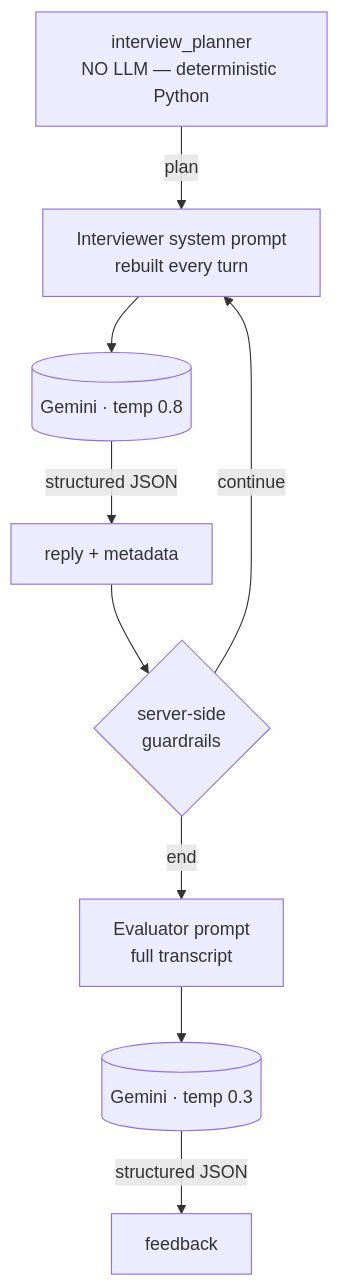
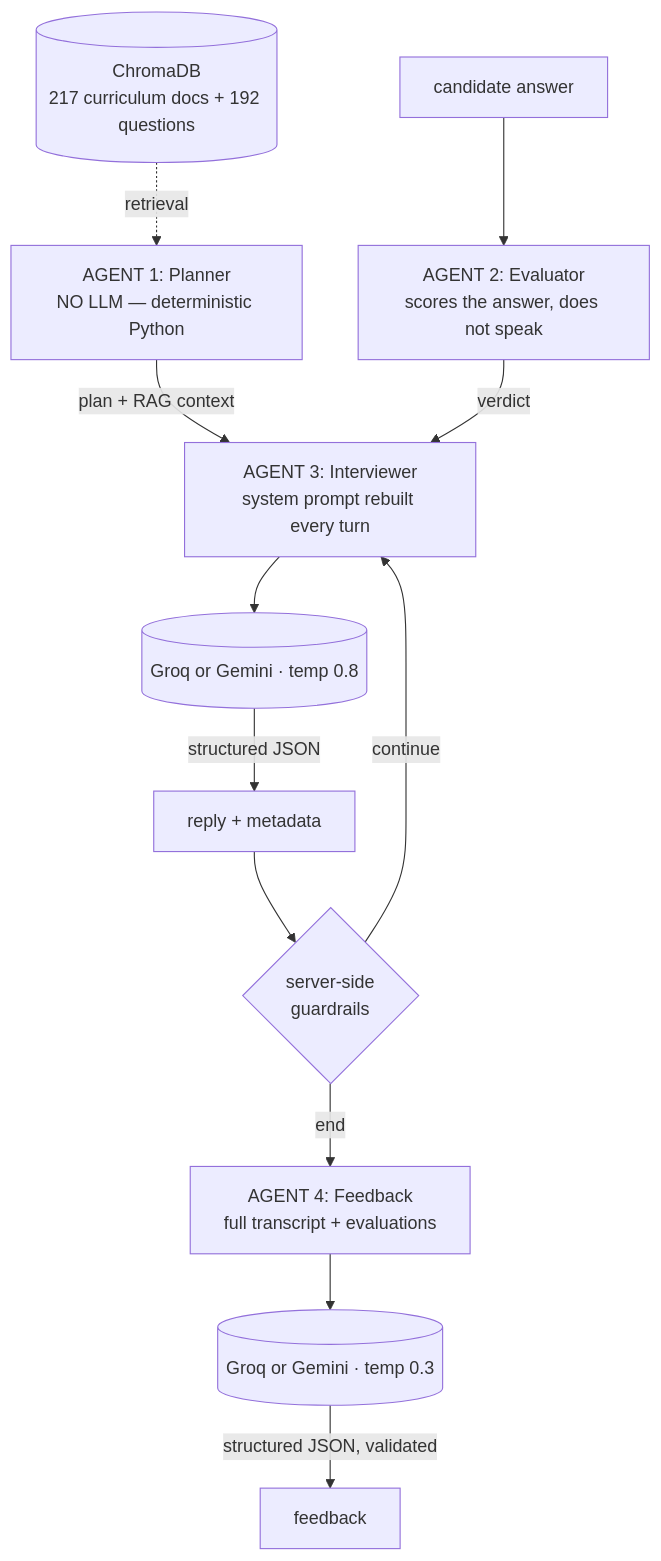
Before and after one commit to Aayush-2910/ProbeAI: the second of 2 diagrams in PROMPTS.md, drawn with Mermaid. The commit also changed other lines of this file and 1 other file, not shown here.

````diff
--- a/PROMPTS.md
+++ b/PROMPTS.md
@@ -345,11 +430,14 @@
 ```mermaid
 flowchart TD
-    P[interview_planner<br/>NO LLM — deterministic Python] -->|plan| S[Interviewer system prompt<br/>rebuilt every turn]
-    S --> G1[(Gemini · temp 0.8)]
-    G1 -->|structured JSON| T[reply + metadata]
+    A1[AGENT 1: Planner<br/>NO LLM — deterministic Python] -->|plan + RAG context| A3[AGENT 3: Interviewer<br/>system prompt rebuilt every turn]
+    RAG[(ChromaDB<br/>217 curriculum docs + 192 questions)] -.retrieval.-> A1
+    Answer[candidate answer] --> A2[AGENT 2: Evaluator<br/>scores the answer, does not speak]
+    A2 -->|verdict| A3
+    A3 --> LLM1[(Groq or Gemini · temp 0.8)]
+    LLM1 -->|structured JSON| T[reply + metadata]
     T --> C{server-side<br/>guardrails}
-    C -->|continue| S
-    C -->|end| E[Evaluator prompt<br/>full transcript]
-    E --> G2[(Gemini · temp 0.3)]
-    G2 -->|structured JSON| F[feedback]
+    C -->|continue| A3
+    C -->|end| A4[AGENT 4: Feedback<br/>full transcript + evaluations]
+    A4 --> LLM2[(Groq or Gemini · temp 0.3)]
+    LLM2 -->|structured JSON, validated| F[feedback]
 ```
````
